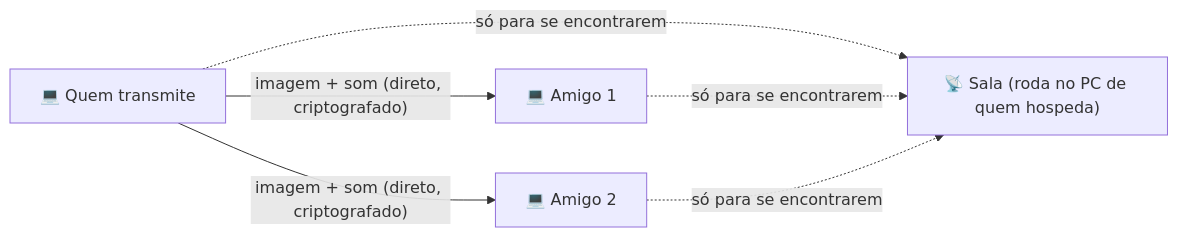
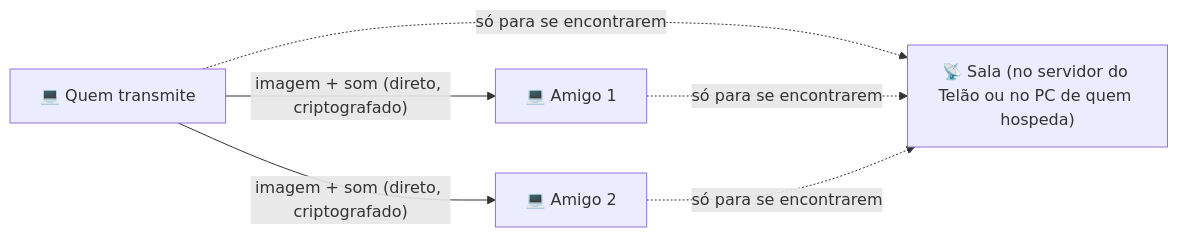
The first of 2 diagrams in README.md (MuriloGarmatter/ScreenSharing), drawn with Mermaid before and after one commit. The commit also changed other lines of this file and 40 other files, not shown here.

````diff
--- a/README.md
+++ b/README.md
@@ -70,9 +71,9 @@
 ```mermaid
 flowchart LR
     A["💻 Quem transmite"] -->|"imagem + som (direto, criptografado)"| B["💻 Amigo 1"]
     A -->|"imagem + som (direto, criptografado)"| C["💻 Amigo 2"]
-    S["📡 Sala (roda no PC de quem hospeda)"]
+    S["📡 Sala (no servidor do Telão ou no PC de quem hospeda)"]
     A -.->|"só para se encontrarem"| S
     B -.->|"só para se encontrarem"| S
     C -.->|"só para se encontrarem"| S
 ```
````
